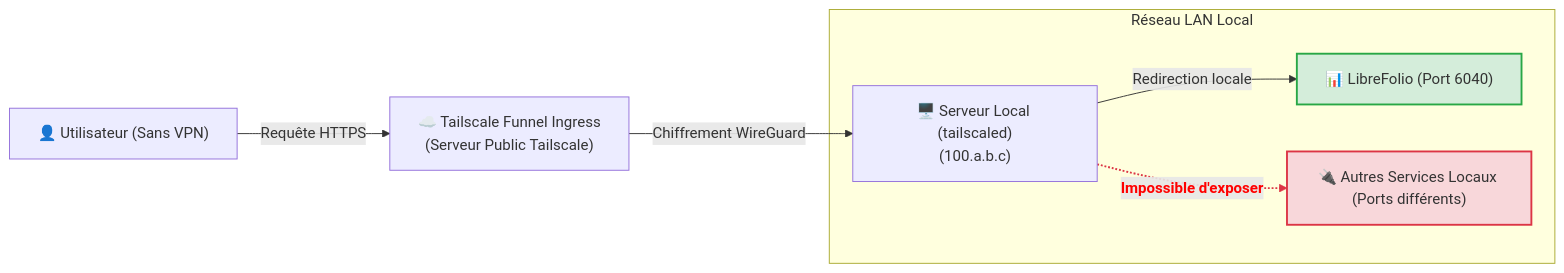
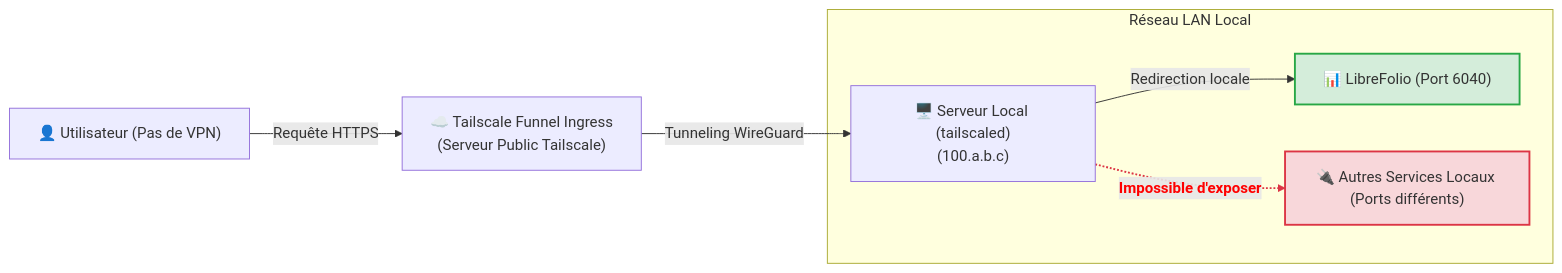
One commit to Librefolio/LibreFolio changed the fourth of 5 diagrams in mkdocs_src/docs/admin/tailscale_exposure.fr.md. Above: the diagram before and after it, drawn with Mermaid. The commit also changed other lines of this file and 13 other files, not shown here.

````diff
--- a/mkdocs_src/docs/admin/tailscale_exposure.fr.md
+++ b/mkdocs_src/docs/admin/tailscale_exposure.fr.md
@@ -295,12 +295,12 @@
 ```mermaid
 graph LR
-    User["👤 Utilisateur (Sans VPN)"] -->|Requête HTTPS| Funnel["☁️ Tailscale Funnel Ingress<br>(Serveur Public Tailscale)"]
-    Funnel -->|Chiffrement WireGuard| Server["🖥️ Serveur Local (tailscaled)<br>(100.a.b.c)"]
-    subgraph LAN ["Réseau LAN Local"]
-        Server -->|Redirection locale| LibreFolio["📊 LibreFolio (Port 6040)"]
-        Server -.->|"<font color='red'><b>Impossible d'exposer</b></font>"| Altro["🔌 Autres Services Locaux (Ports différents)"]
-    end
-    style LibreFolio fill:#d4edda,stroke:#28a745,stroke-width:2px;
-    style Altro fill:#f8d7da,stroke:#dc3545,stroke-width:2px;
-    linkStyle 3 stroke:#dc3545,stroke-width:2px;
+ User["👤 Utilisateur (Pas de VPN)"] -->|Requête HTTPS| Funnel["☁️ Tailscale Funnel Ingress<br>(Serveur Public Tailscale)"]
+ Funnel -->|Tunneling WireGuard| Server["🖥️ Serveur Local (tailscaled)<br>(100.a.b.c)"]
+ subgraph LAN ["Réseau LAN Local"]
+ Server -->|Redirection locale| LibreFolio["📊 LibreFolio (Port 6040)"]
+ Server -.->|"<font color='red'><b>Impossible d'exposer</b></font>"| Other["🔌 Autres Services Locaux (Ports différents)"]
+ end
+ style LibreFolio fill:#d4edda,stroke:#28a745,stroke-width:2px;
+ style Other fill:#f8d7da,stroke:#dc3545,stroke-width:2px;
+ linkStyle 3 stroke:#dc3545,stroke-width:2px;
 ```
````
